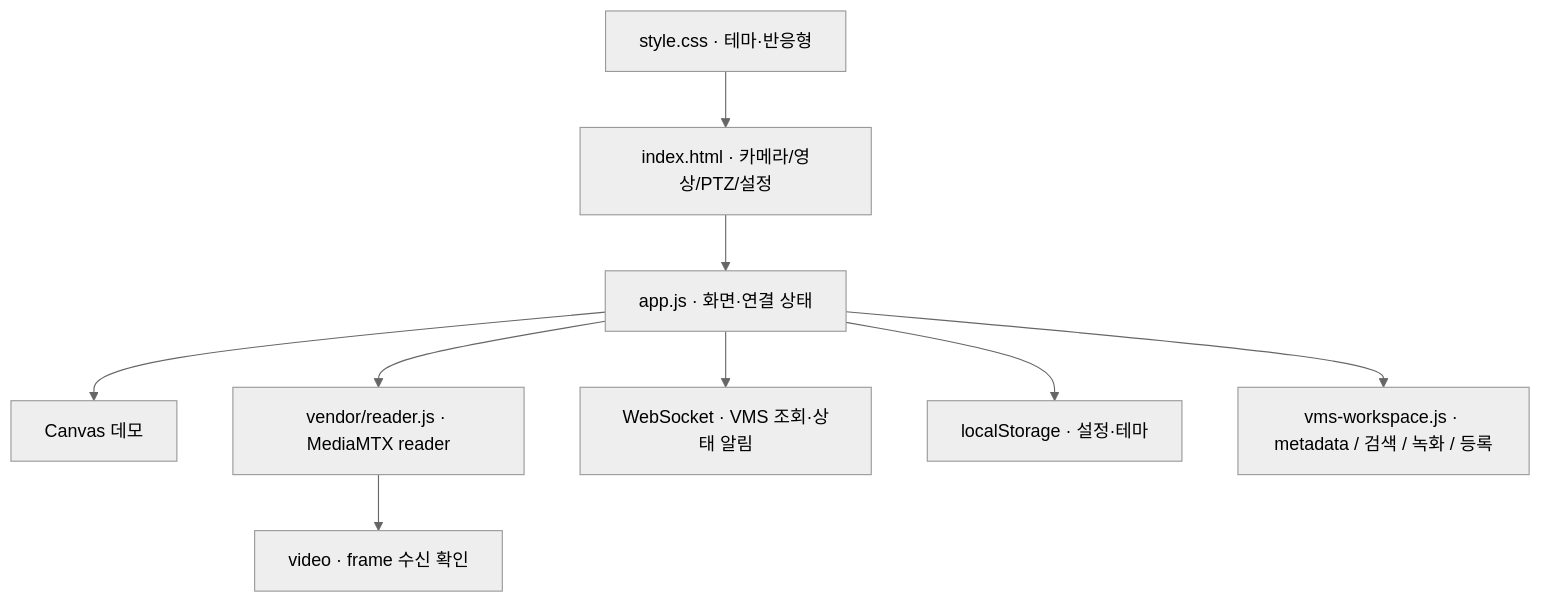
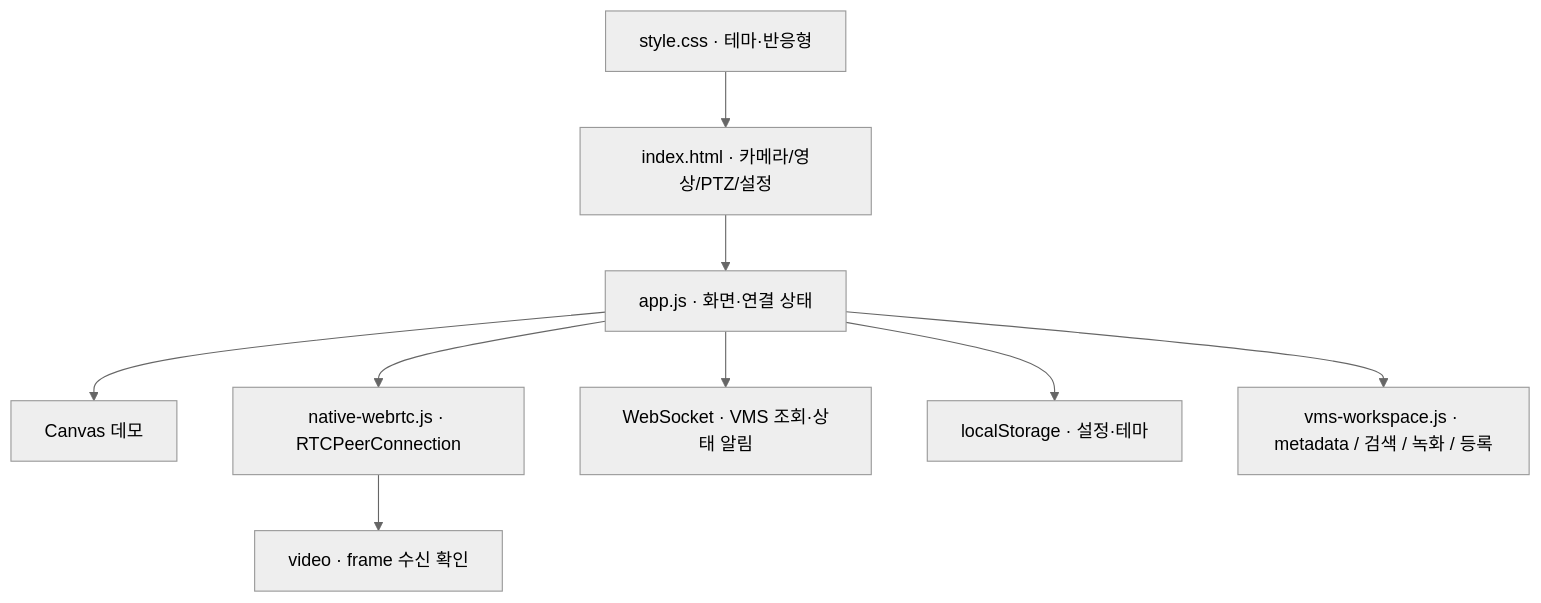
The second of 2 diagrams in README.md (PTZ-CAMERA/PTZ_WEB_Client), drawn with Mermaid (neutral theme) before and after one commit. The commit also changed other lines of this file and 9 other files, not shown here.

````diff
--- a/README.md
+++ b/README.md
@@ -23,11 +22,11 @@
 ```mermaid
 flowchart TD
     UI["index.html · 카메라/영상/PTZ/설정"] --> App["app.js · 화면·연결 상태"]
     CSS["style.css · 테마·반응형"] --> UI
     App --> Demo["Canvas 데모"]
-    App --> Reader["vendor/reader.js · MediaMTX reader"]
+    App --> Reader["native-webrtc.js · RTCPeerConnection"]
     Reader --> Video["video · frame 수신 확인"]
     App --> WS["WebSocket · VMS 조회·상태 알림"]
     App --> Storage["localStorage · 설정·테마"]
     App --> Workspace["vms-workspace.js · metadata / 검색 / 녹화 / 등록"]
 ```
````
